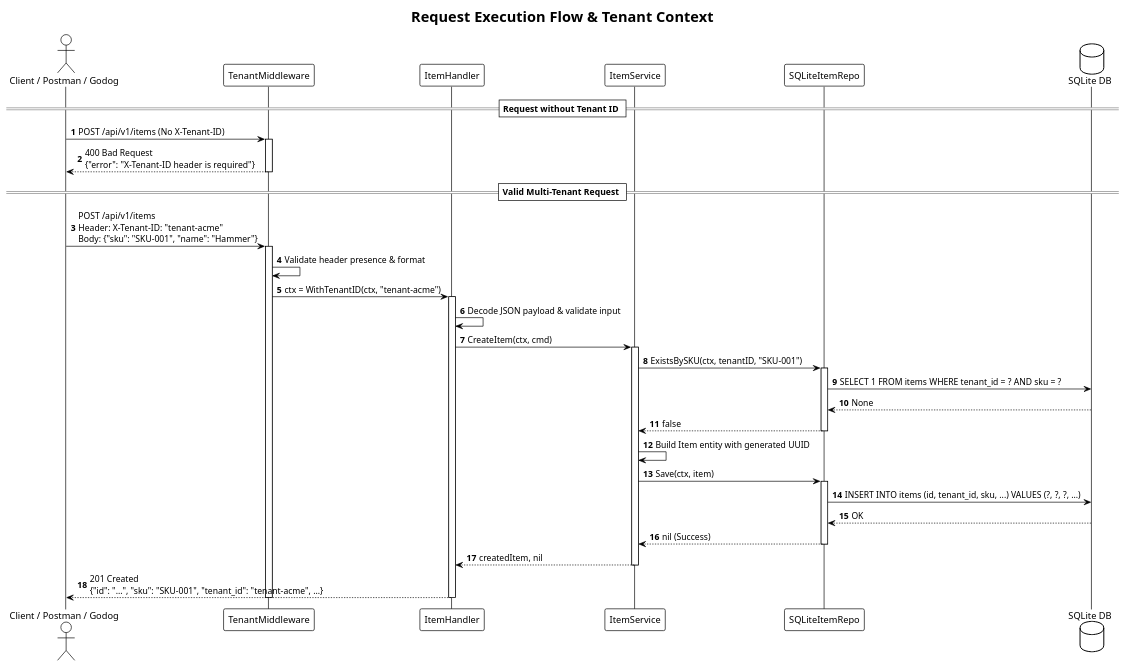
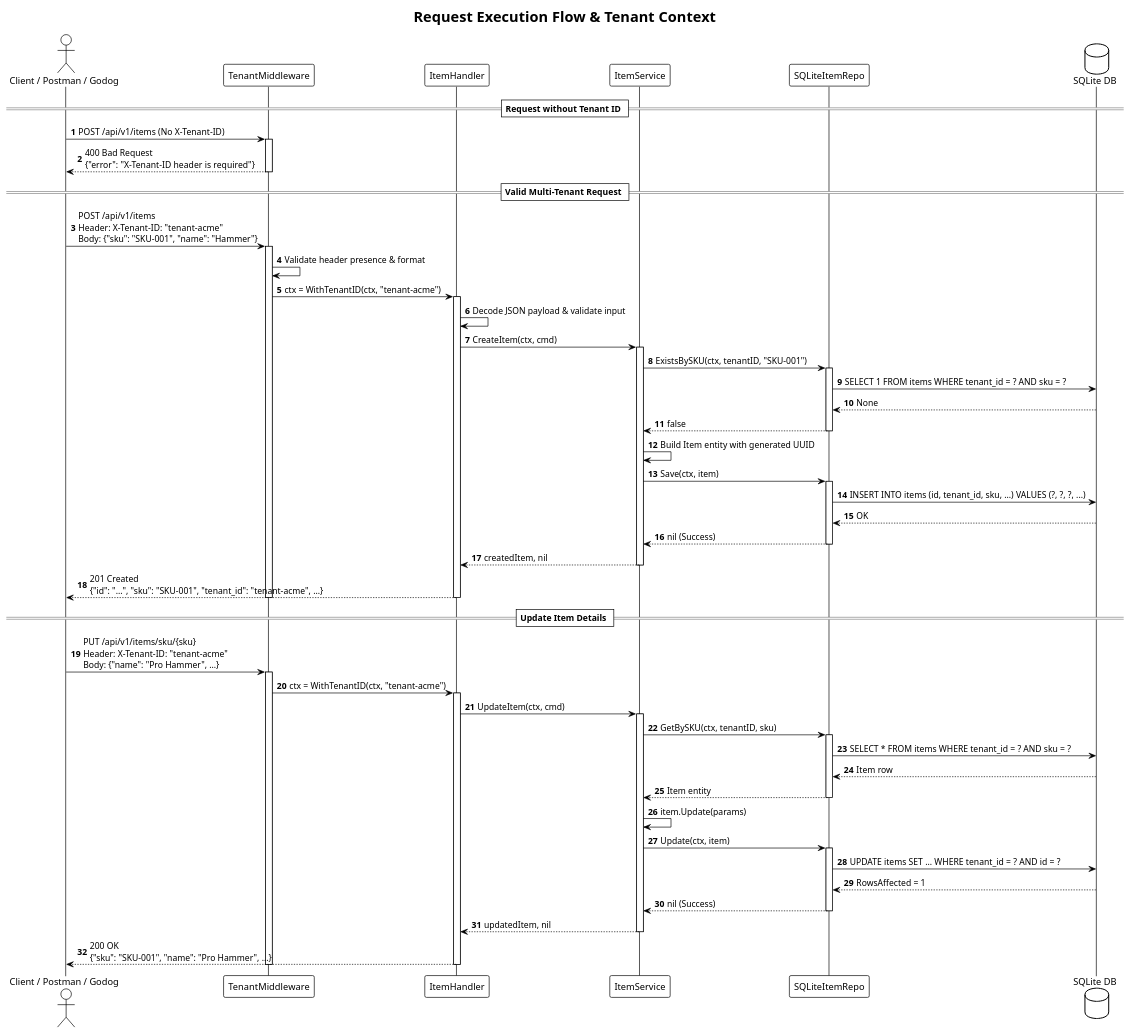
Before and after one commit to ari-fikri/inventory: the diagram in documents/diagrams/sequence_flow.puml, drawn with PlantUML. The commit also changed 8 other files, not shown here.

```diff
--- a/documents/diagrams/sequence_flow.puml
+++ b/documents/diagrams/sequence_flow.puml
@@ -1,53 +1,79 @@
 @startuml sequence_flow
 !theme plain
 autonumber
 
 title Request Execution Flow & Tenant Context
 
 actor "Client / Postman / Godog" as Client
 participant "TenantMiddleware" as MW
 participant "ItemHandler" as Handler
 participant "ItemService" as Service
 participant "SQLiteItemRepo" as Repo
 database "SQLite DB" as DB
 
 == Request without Tenant ID ==
 Client -> MW : POST /api/v1/items (No X-Tenant-ID)
 activate MW
 MW --> Client : 400 Bad Request\n{"error": "X-Tenant-ID header is required"}
 deactivate MW
 
 == Valid Multi-Tenant Request ==
 Client -> MW : POST /api/v1/items\nHeader: X-Tenant-ID: "tenant-acme"\nBody: {"sku": "SKU-001", "name": "Hammer"}
 activate MW
 MW -> MW : Validate header presence & format
 MW -> Handler : ctx = WithTenantID(ctx, "tenant-acme")
 activate Handler
 
 Handler -> Handler : Decode JSON payload & validate input
 Handler -> Service : CreateItem(ctx, cmd)
 activate Service
 
 Service -> Repo : ExistsBySKU(ctx, tenantID, "SKU-001")
 activate Repo
 Repo -> DB : SELECT 1 FROM items WHERE tenant_id = ? AND sku = ?
 DB --> Repo : None
 Repo --> Service : false
 deactivate Repo
 
 Service -> Service : Build Item entity with generated UUID
 Service -> Repo : Save(ctx, item)
 activate Repo
 Repo -> DB : INSERT INTO items (id, tenant_id, sku, ...) VALUES (?, ?, ?, ...)
 DB --> Repo : OK
 Repo --> Service : nil (Success)
 deactivate Repo
 
 Service --> Handler : createdItem, nil
 deactivate Service
 
 Handler --> Client : 201 Created\n{"id": "...", "sku": "SKU-001", "tenant_id": "tenant-acme", ...}
 deactivate Handler
 deactivate MW
 
+== Update Item Details ==
+Client -> MW : PUT /api/v1/items/sku/{sku}\nHeader: X-Tenant-ID: "tenant-acme"\nBody: {"name": "Pro Hammer", ...}
+activate MW
+MW -> Handler : ctx = WithTenantID(ctx, "tenant-acme")
+activate Handler
+Handler -> Service : UpdateItem(ctx, cmd)
+activate Service
+Service -> Repo : GetBySKU(ctx, tenantID, sku)
+activate Repo
+Repo -> DB : SELECT * FROM items WHERE tenant_id = ? AND sku = ?
+DB --> Repo : Item row
+Repo --> Service : Item entity
+deactivate Repo
+Service -> Service : item.Update(params)
+Service -> Repo : Update(ctx, item)
+activate Repo
+Repo -> DB : UPDATE items SET ... WHERE tenant_id = ? AND id = ?
+DB --> Repo : RowsAffected = 1
+Repo --> Service : nil (Success)
+deactivate Repo
+Service --> Handler : updatedItem, nil
+deactivate Service
+Handler --> Client : 200 OK\n{"sku": "SKU-001", "name": "Pro Hammer", ...}
+deactivate Handler
+deactivate MW
+
 @enduml
```
